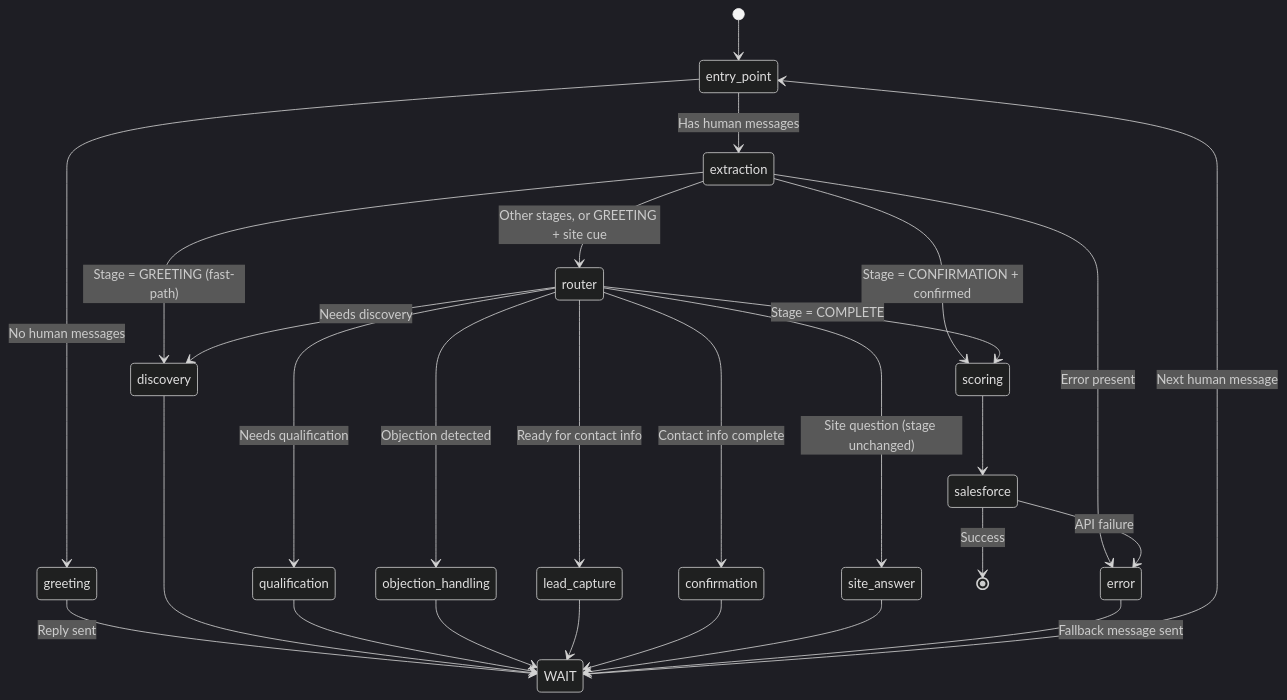
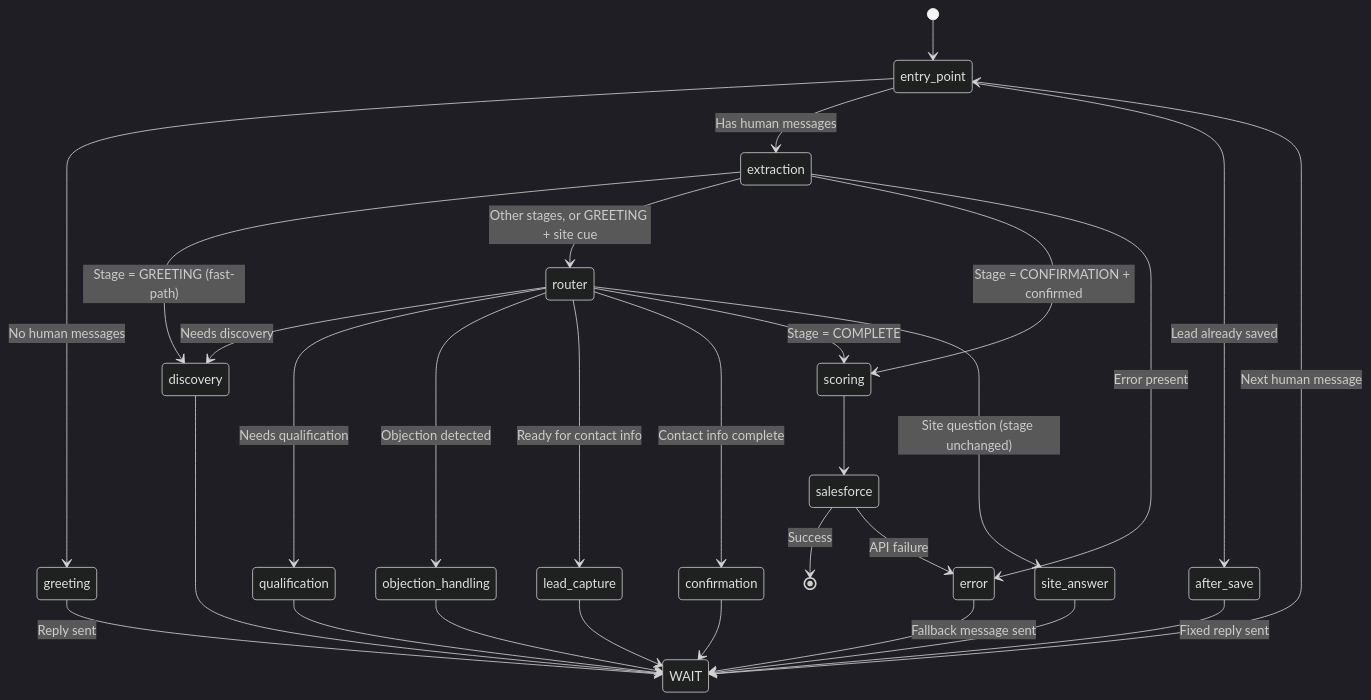
One commit to marky224/salesforce-langgraph-ai-lead-bot changed the second of 5 diagrams in architecture.md. Above: the diagram before and after it, drawn with Mermaid (dark theme). The commit also changed 6 other files, not shown here.

First line of the commit message:
fix(graph): answer a message after a saved lead without scoring or writing again

````diff
--- a/architecture.md
+++ b/architecture.md
@@ -62,36 +62,38 @@
 ```mermaid
 stateDiagram-v2
     [*] --> entry_point
 
     entry_point --> greeting: No human messages
     entry_point --> extraction: Has human messages
+    entry_point --> after_save: Lead already saved
 
     greeting --> WAIT: Reply sent
 
     extraction --> discovery: Stage = GREETING (fast-path)
     extraction --> router: Other stages, or GREETING + site cue
     extraction --> scoring: Stage = CONFIRMATION + confirmed
     extraction --> error: Error present
 
     router --> discovery: Needs discovery
     router --> qualification: Needs qualification
     router --> objection_handling: Objection detected
     router --> lead_capture: Ready for contact info
     router --> confirmation: Contact info complete
     router --> scoring: Stage = COMPLETE
     router --> site_answer: Site question (stage unchanged)
 
     discovery --> WAIT
     qualification --> WAIT
     objection_handling --> WAIT
     lead_capture --> WAIT
     confirmation --> WAIT
     site_answer --> WAIT
+    after_save --> WAIT: Fixed reply sent
 
     WAIT --> entry_point: Next human message
 
     scoring --> salesforce
     salesforce --> [*]: Success
     salesforce --> error: API failure
     error --> WAIT: Fallback message sent
 ```
````
